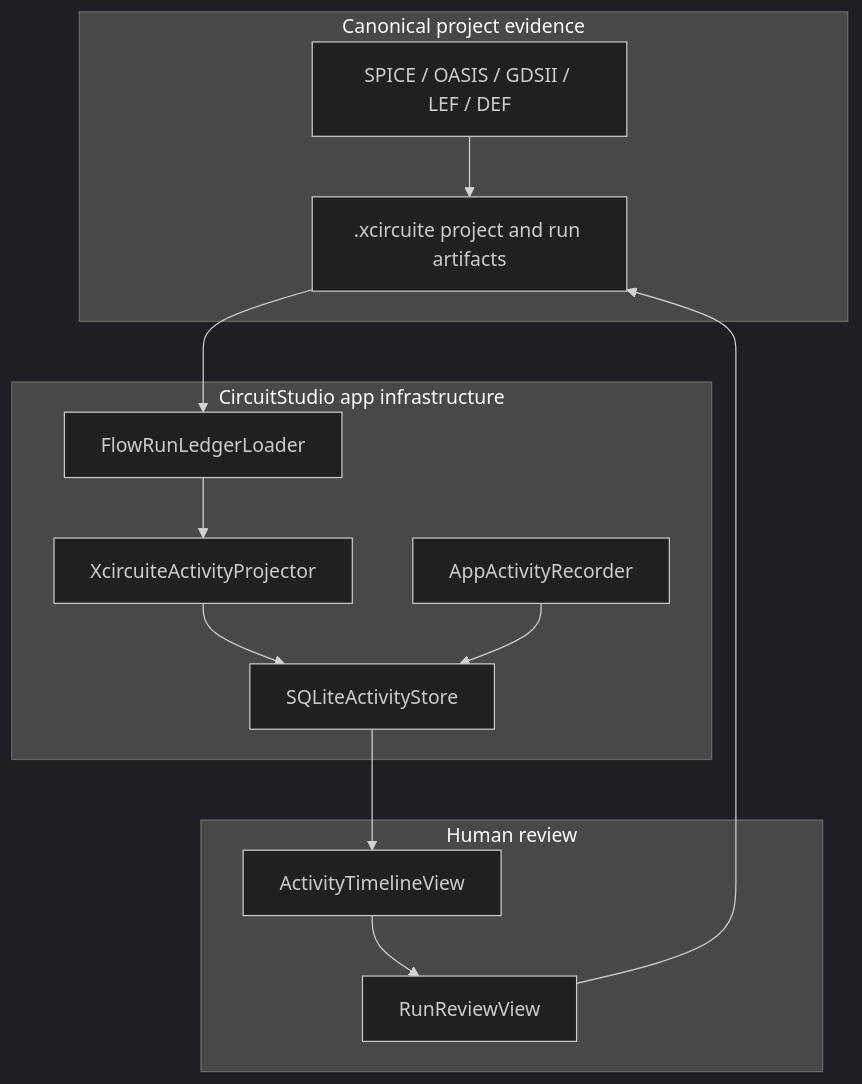
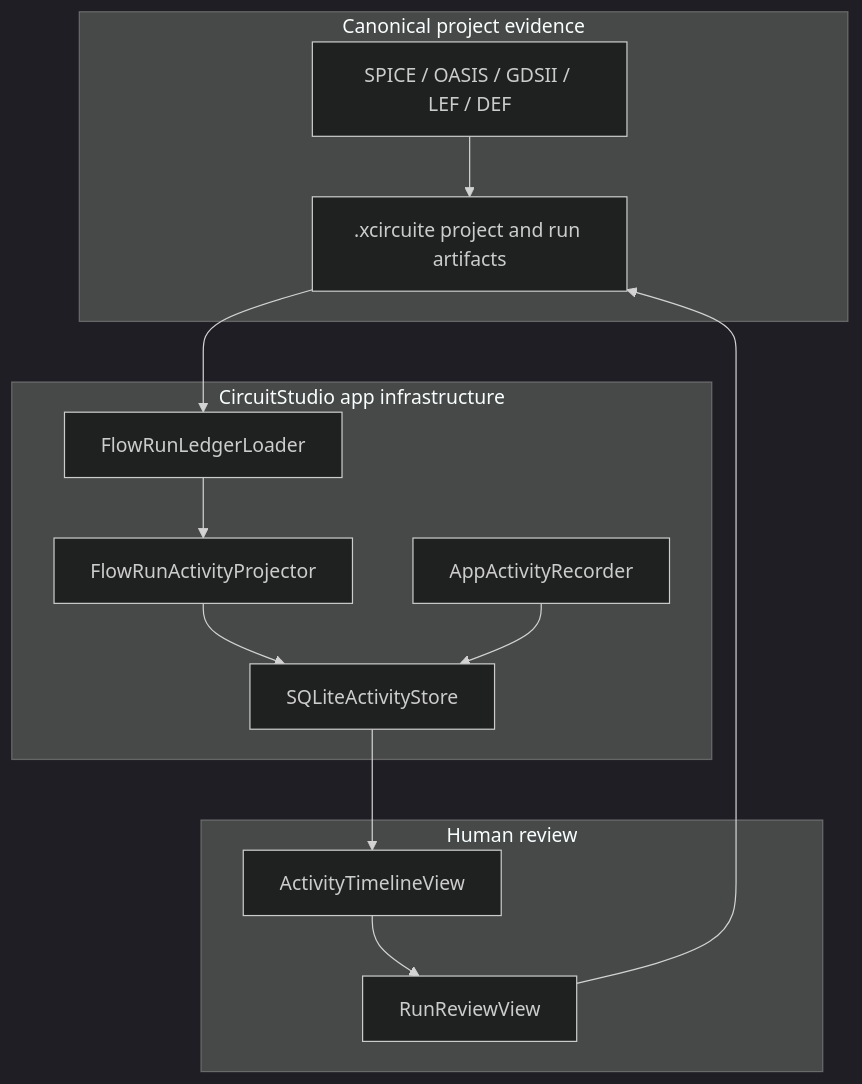
One commit to 1amageek/circuit-studio changed the second of 3 diagrams in docs/activity-timeline-design.md. Above: the diagram before and after it, drawn with Mermaid (dark theme). The commit also changed other lines of this file and 20 other files, not shown here.

````diff
--- a/docs/activity-timeline-design.md
+++ b/docs/activity-timeline-design.md
@@ -72,26 +72,26 @@
 ```mermaid
 flowchart TD
   subgraph Canonical["Canonical project evidence"]
     Design["SPICE / OASIS / GDSII / LEF / DEF"]
     Package[".xcircuite project and run artifacts"]
   end
 
   subgraph AppInfrastructure["CircuitStudio app infrastructure"]
     Loader["FlowRunLedgerLoader"]
-    Projector["XcircuiteActivityProjector"]
+    Projector["FlowRunActivityProjector"]
     Recorder["AppActivityRecorder"]
     Store["SQLiteActivityStore"]
   end
 
   subgraph Presentation["Human review"]
     Timeline["ActivityTimelineView"]
     ExistingReview["RunReviewView"]
   end
 
   Package --> Loader --> Projector --> Store
   Recorder --> Store
   Store --> Timeline
   Timeline --> ExistingReview
   ExistingReview --> Package
   Design --> Package
 ```
````
